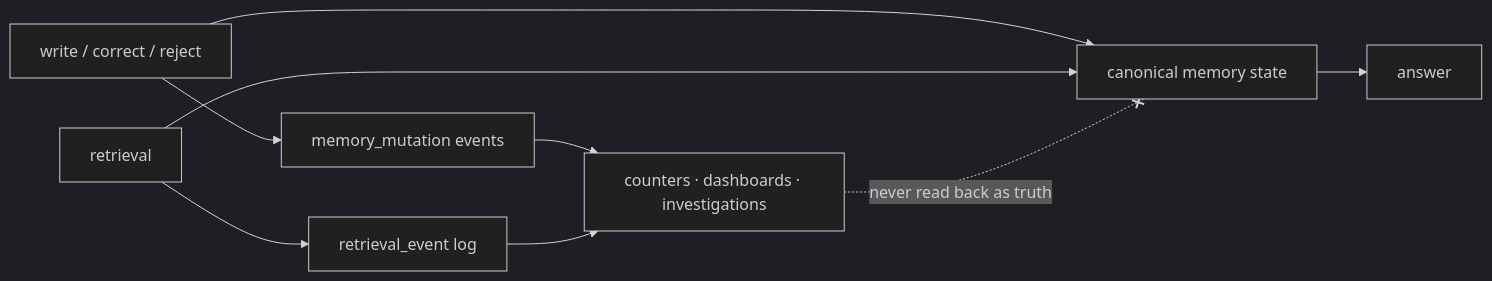
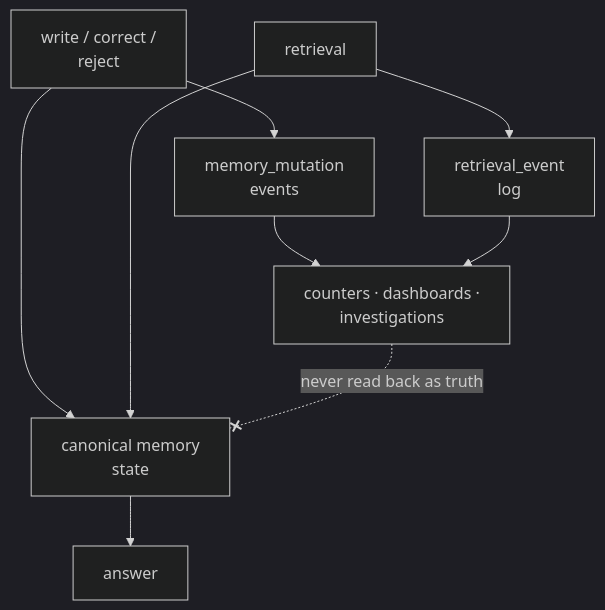
Before and after one commit to neoneye/agent-memory-atlas: the diagram in content/patterns/append-only-memory-audit.md, drawn with Mermaid (dark theme). The commit also changed 99 other files, not shown here.

First line of the commit message:
Reshape the remaining 49 diagrams so their labels are legible

````diff
--- a/content/patterns/append-only-memory-audit.md
+++ b/content/patterns/append-only-memory-audit.md
@@ -31,11 +31,11 @@
 ```mermaid
-flowchart LR
-    W["write / correct / reject"] --> S["canonical memory state"]
-    W --> M["memory_mutation events"]
+flowchart TD
+    W["write / correct /<br/>reject"] --> S["canonical memory<br/>state"]
+    W --> M["memory_mutation<br/>events"]
     R["retrieval"] --> S
-    R --> RE["retrieval_event log"]
+    R --> RE["retrieval_event<br/>log"]
     S --> A["answer"]
-    M --> D["counters · dashboards · investigations"]
+    M --> D["counters · dashboards ·<br/>investigations"]
     RE --> D
     D -. "never read back as truth" .-x S
 ```
````
